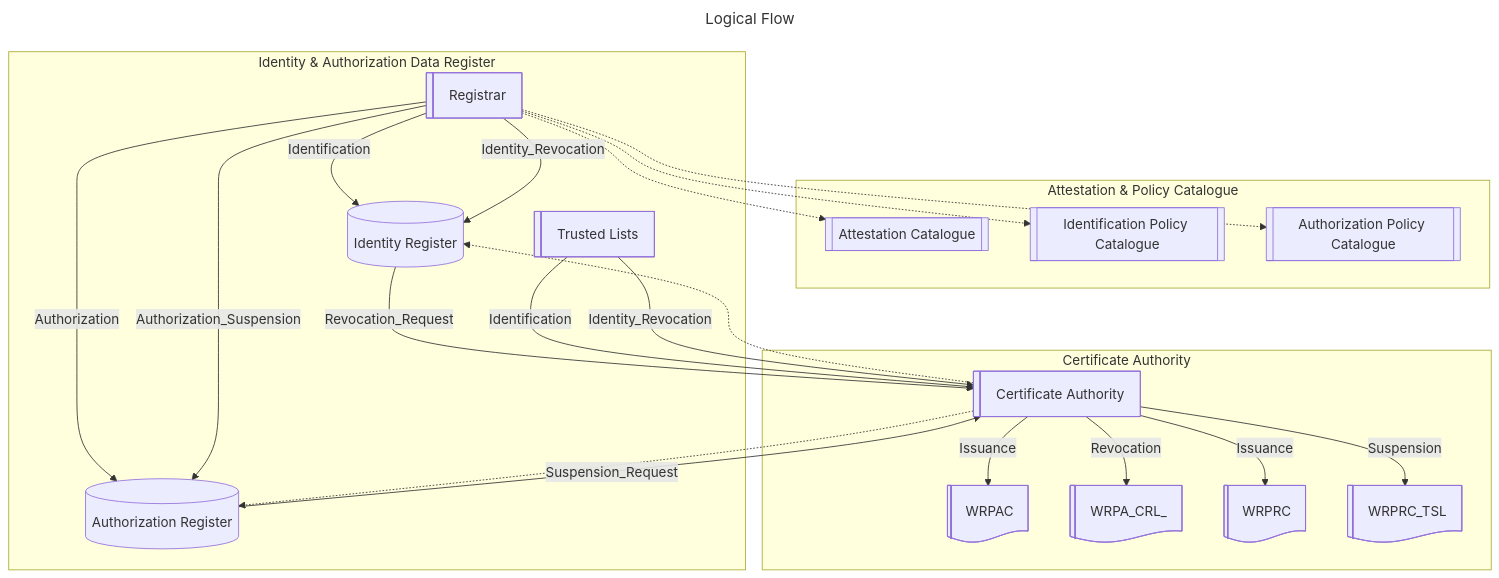
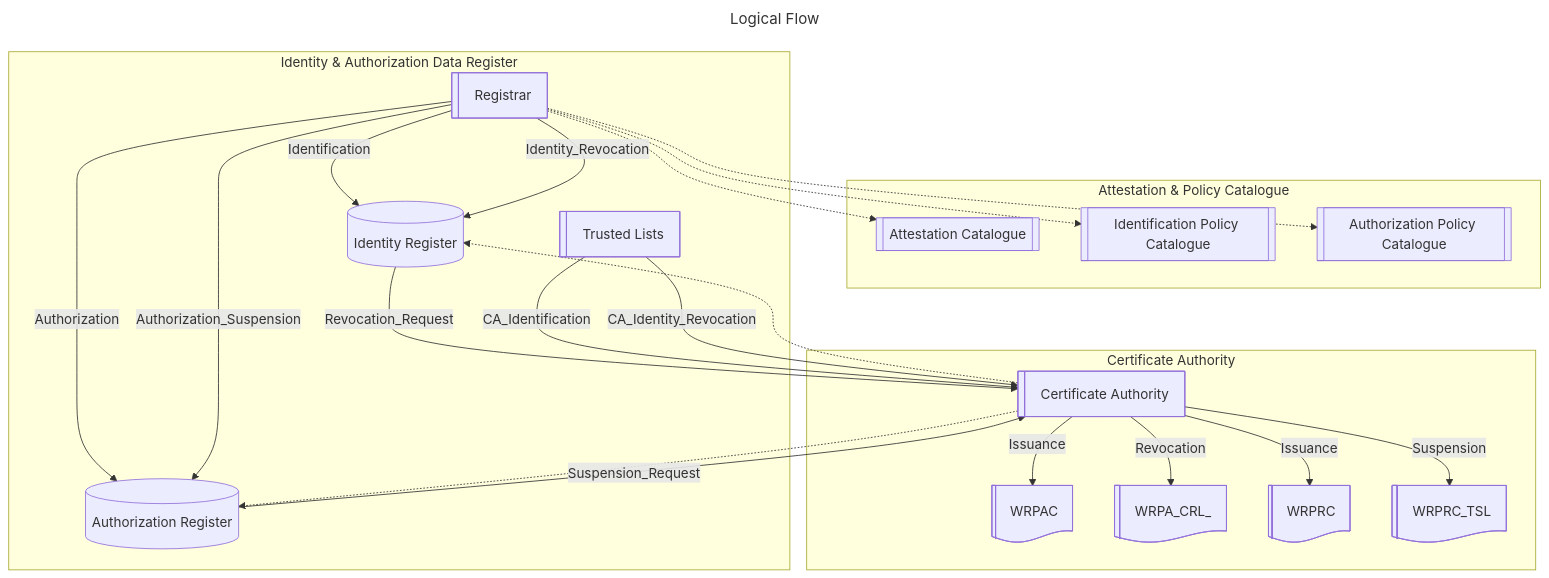
The second of 3 diagrams in topics/trust-management-process.md (APTITUDE-Consortium/wp2-trust-specifications), drawn with Mermaid before and after one commit.

Commit message:
first draft

````diff
--- a/topics/trust-management-process.md
+++ b/topics/trust-management-process.md
@@ -57,45 +57,45 @@
 ```mermaid graph
 ---
 title: Logical Flow
 ---
 flowchart TD 
 subgraph Cred_Def["Attestation & Policy Catalogue"]
         Cred[["Attestation Catalogue"]]
         IDPol[["Identification Policy Catalogue"]]
         CredPol[["Authorization Policy Catalogue"]]
 end
 subgraph Register["Identity & Authorization Data Register"]
         IDReg@{shape: cyl, label: "Identity Register" }
         AuthReg@{shape: cyl, label: "Authorization Register"}
         Registrar@{shape: lin-rect, label: "Registrar" }
         TL@{shape: lin-rect, label: "Trusted Lists" }
 end
 subgraph C_A["Certificate Authority"]
         WRPAC@{ shape: lin-doc, label: "WRPAC" }
         WRPAC_CRL@{ shape: lin-doc, label: "WRPA_CRL_" }
         WRPRC@{ shape: lin-doc, label: "WRPRC" }
         WRPRC_TSL@{ shape: lin-doc, label: "WRPRC_TSL" }
         CA@{shape: lin-rect, label: "Certificate Authority" }
 end
 
     Registrar-->|Identification|IDReg
     Registrar-->|Identity_Revocation|IDReg
     Registrar-.->IDPol
 
     Registrar-.->Cred
     Registrar-.->CredPol
     Registrar-->|Authorization|AuthReg
     Registrar-->|Authorization_Suspension|AuthReg
     AuthReg-->|Suspension_Request|CA
     IDReg-->|Revocation_Request|CA
-    TL-->|Identification|CA
-    TL-->|Identity_Revocation|CA
+    TL-->|CA_Identification|CA
+    TL-->|CA_Identity_Revocation|CA
 
     CA-.->IDReg
     CA-->|Issuance|WRPAC
     CA-->|Revocation|WRPAC_CRL
     CA-->|Suspension|WRPRC_TSL
     CA-.->AuthReg
     CA-->|Issuance|WRPRC
 
 ```
````
